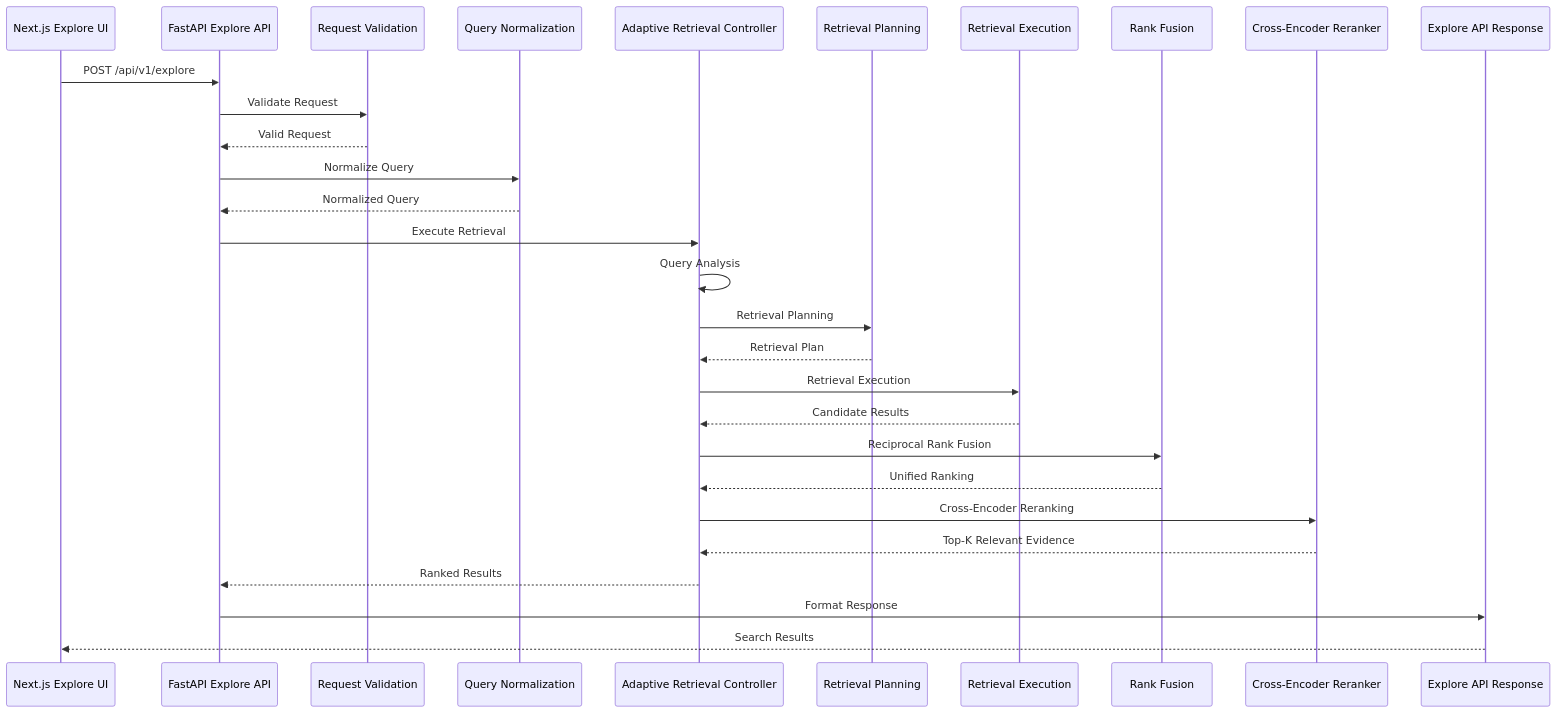
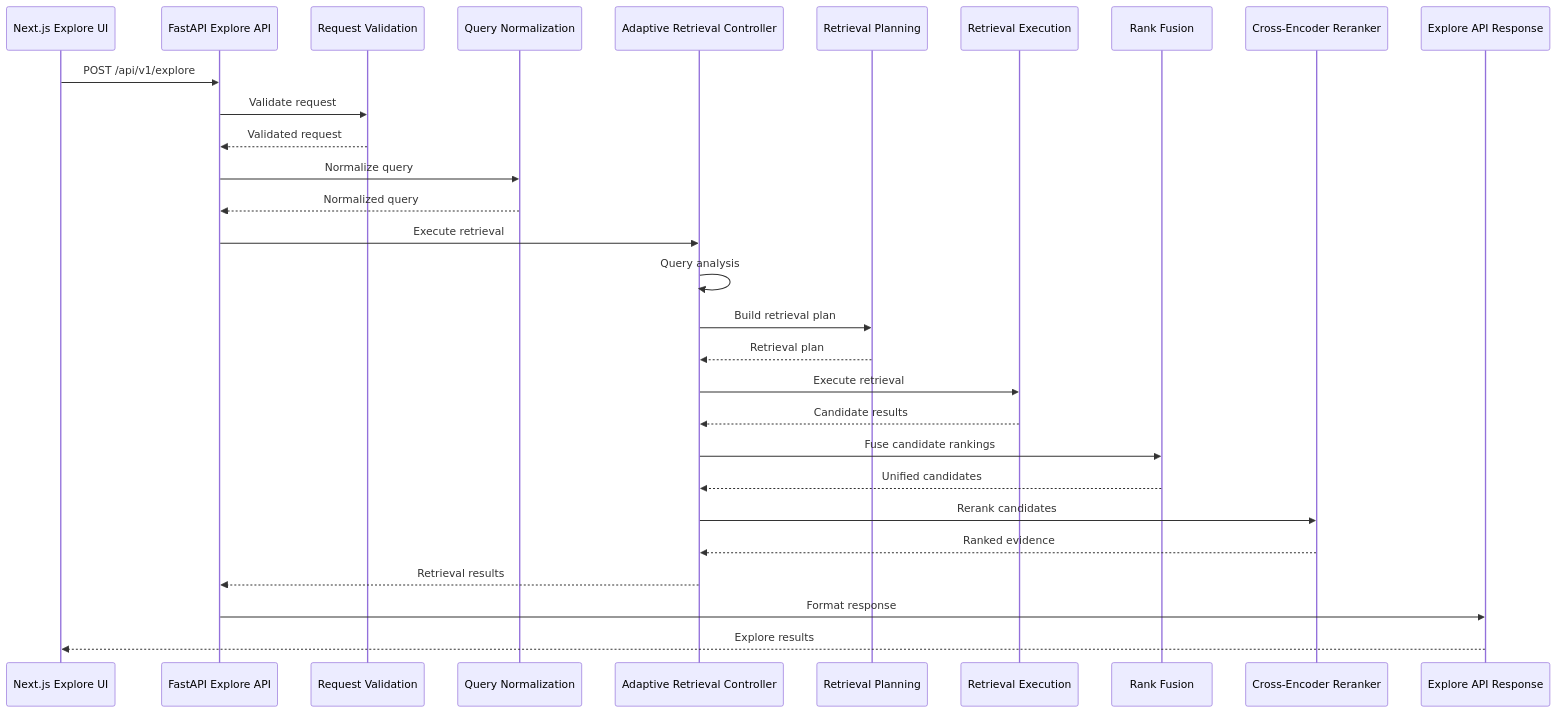
Before and after one commit to garimakumari44/ai_research_assistant: the second of 35 diagrams in docs/explore.md, drawn with Mermaid. The commit also changed other lines of this file and 2 other files, not shown here.

````diff
--- a/docs/explore.md
+++ b/docs/explore.md
@@ -76,39 +59,32 @@
 ```mermaid
 sequenceDiagram
-
     participant UI as Next.js Explore UI
     participant API as FastAPI Explore API
     participant V as Request Validation
     participant N as Query Normalization
     participant C as Adaptive Retrieval Controller
     participant P as Retrieval Planning
     participant R as Retrieval Execution
     participant F as Rank Fusion
     participant RR as Cross-Encoder Reranker
     participant OUT as Explore API Response
 
     UI->>API: POST /api/v1/explore
-    API->>V: Validate Request
-    V-->>API: Valid Request
-
-    API->>N: Normalize Query
-    N-->>API: Normalized Query
-
-    API->>C: Execute Retrieval
-    C->>C: Query Analysis
-    C->>P: Retrieval Planning
-    P-->>C: Retrieval Plan
-
-    C->>R: Retrieval Execution
-    R-->>C: Candidate Results
-
-    C->>F: Reciprocal Rank Fusion
-    F-->>C: Unified Ranking
-
-    C->>RR: Cross-Encoder Reranking
-    RR-->>C: Top-K Relevant Evidence
-
-    C-->>API: Ranked Results
-    API->>OUT: Format Response
-    OUT-->>UI: Search Results
+    API->>V: Validate request
+    V-->>API: Validated request
+    API->>N: Normalize query
+    N-->>API: Normalized query
+    API->>C: Execute retrieval
+    C->>C: Query analysis
+    C->>P: Build retrieval plan
+    P-->>C: Retrieval plan
+    C->>R: Execute retrieval
+    R-->>C: Candidate results
+    C->>F: Fuse candidate rankings
+    F-->>C: Unified candidates
+    C->>RR: Rerank candidates
+    RR-->>C: Ranked evidence
+    C-->>API: Retrieval results
+    API->>OUT: Format response
+    OUT-->>UI: Explore results
 ```
````
